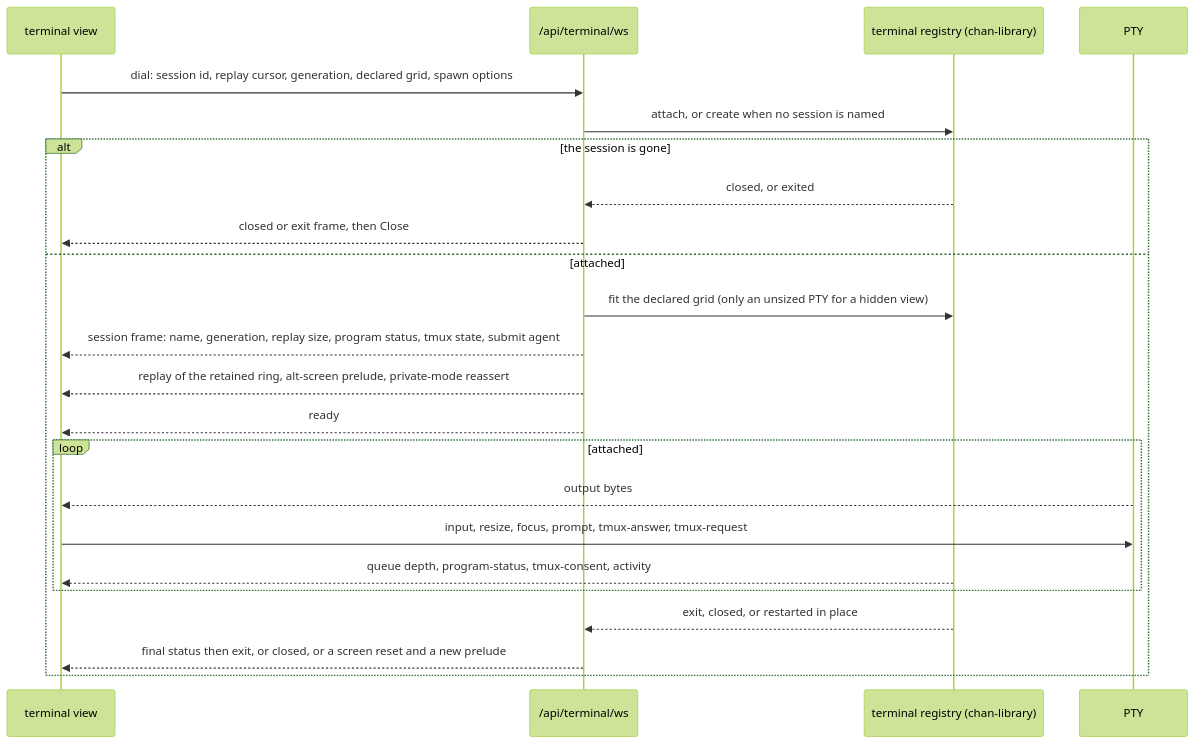
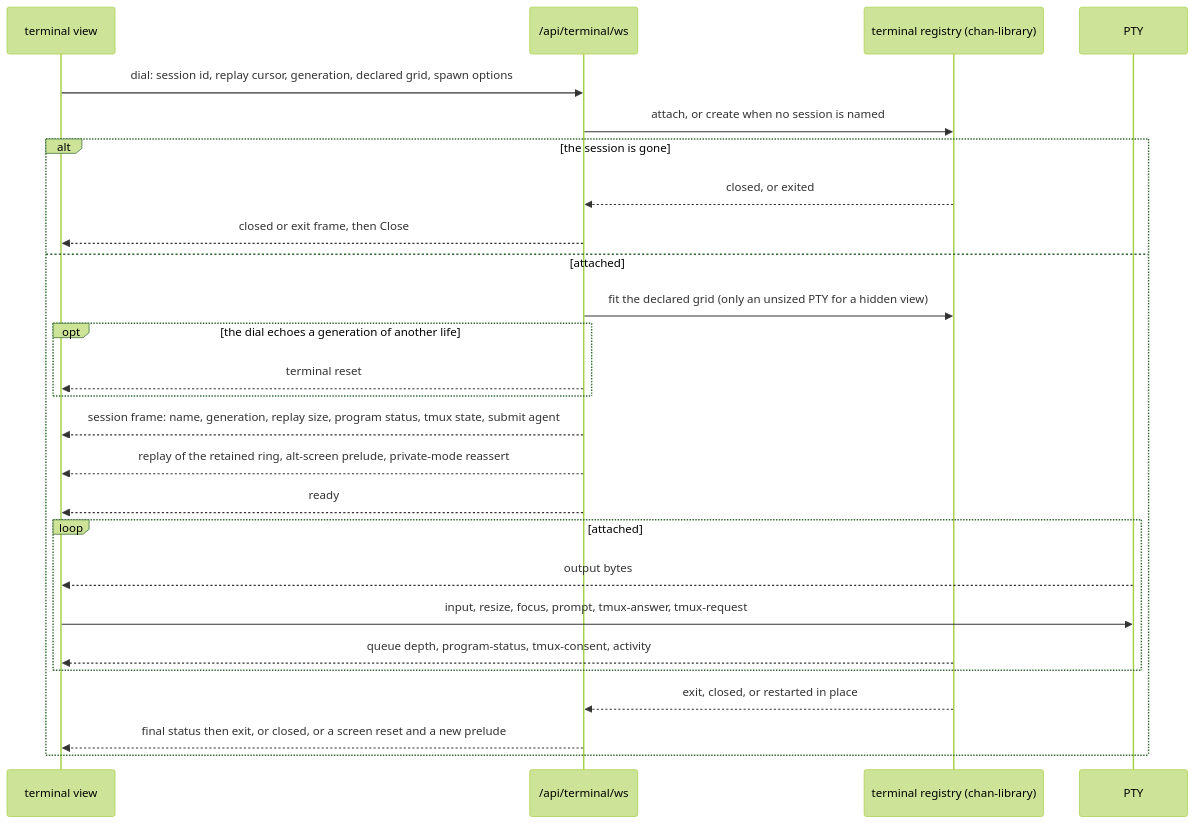
One commit to fiorix/chan changed the third of 3 diagrams in crates/chan-server/design.md. Above: the diagram before and after it, drawn with Mermaid (forest theme). The commit also changed other lines of this file and 3 other files, not shown here.

First line of the commit message:
docs(terminal): describe the stall close and the redial reset and suffix

````diff
--- a/crates/chan-server/design.md
+++ b/crates/chan-server/design.md
@@ -98,25 +98,28 @@
 ```mermaid
 sequenceDiagram
   participant V as terminal view
   participant R as /api/terminal/ws
   participant G as terminal registry (chan-library)
   participant P as PTY
   V->>R: dial: session id, replay cursor, generation, declared grid, spawn options
   R->>G: attach, or create when no session is named
   alt the session is gone
     G-->>R: closed, or exited
     R-->>V: closed or exit frame, then Close
   else attached
     R->>G: fit the declared grid (only an unsized PTY for a hidden view)
+    opt the dial echoes a generation of another life
+      R-->>V: terminal reset
+    end
     R-->>V: session frame: name, generation, replay size, program status, tmux state, submit agent
     R-->>V: replay of the retained ring, alt-screen prelude, private-mode reassert
     R-->>V: ready
     loop attached
       P-->>V: output bytes
       V->>P: input, resize, focus, prompt, tmux-answer, tmux-request
       G-->>V: queue depth, program-status, tmux-consent, activity
     end
     G-->>R: exit, closed, or restarted in place
     R-->>V: final status then exit, or closed, or a screen reset and a new prelude
   end
 ```
````
